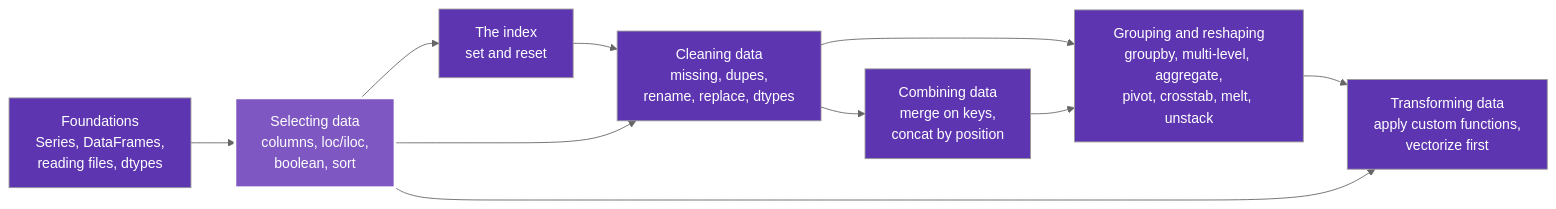
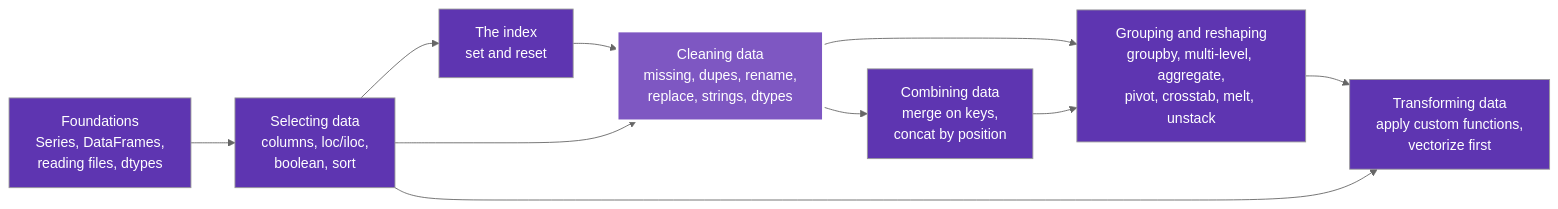
One commit to karywnl/pandas changed the diagram in docs/index.md. Above: the diagram before and after it, drawn with Mermaid (neutral theme). The commit also changed 3 other files, not shown here.

````diff
--- a/docs/index.md
+++ b/docs/index.md
@@ -16,19 +16,19 @@
 ```mermaid
 flowchart LR
     F["Foundations<br/>Series, DataFrames,<br/>reading files, dtypes"] --> SEL["Selecting data<br/>columns, loc/iloc,<br/>boolean, sort"]
     SEL --> IDX["The index<br/>set and reset"]
-    IDX --> CLEAN["Cleaning data<br/>missing, dupes,<br/>rename, replace, dtypes"]
+    IDX --> CLEAN["Cleaning data<br/>missing, dupes, rename,<br/>replace, strings, dtypes"]
     CLEAN --> GRP["Grouping and reshaping<br/>groupby, multi-level, aggregate,<br/>pivot, crosstab, melt, unstack"]
     SEL --> CLEAN
     CLEAN --> COMB["Combining data<br/>merge on keys,<br/>concat by position"]
     COMB --> GRP
     GRP --> TRANS["Transforming data<br/>apply custom functions,<br/>vectorize first"]
     SEL --> TRANS
     style F fill:#5e35b1,color:#fff
-    style SEL fill:#7e57c2,color:#fff,stroke:#fff,stroke-width:3px
+    style SEL fill:#5e35b1,color:#fff
     style IDX fill:#5e35b1,color:#fff
-    style CLEAN fill:#5e35b1,color:#fff
+    style CLEAN fill:#7e57c2,color:#fff,stroke:#fff,stroke-width:3px
     style GRP fill:#5e35b1,color:#fff
     style COMB fill:#5e35b1,color:#fff
     style TRANS fill:#5e35b1,color:#fff
 ```
````
